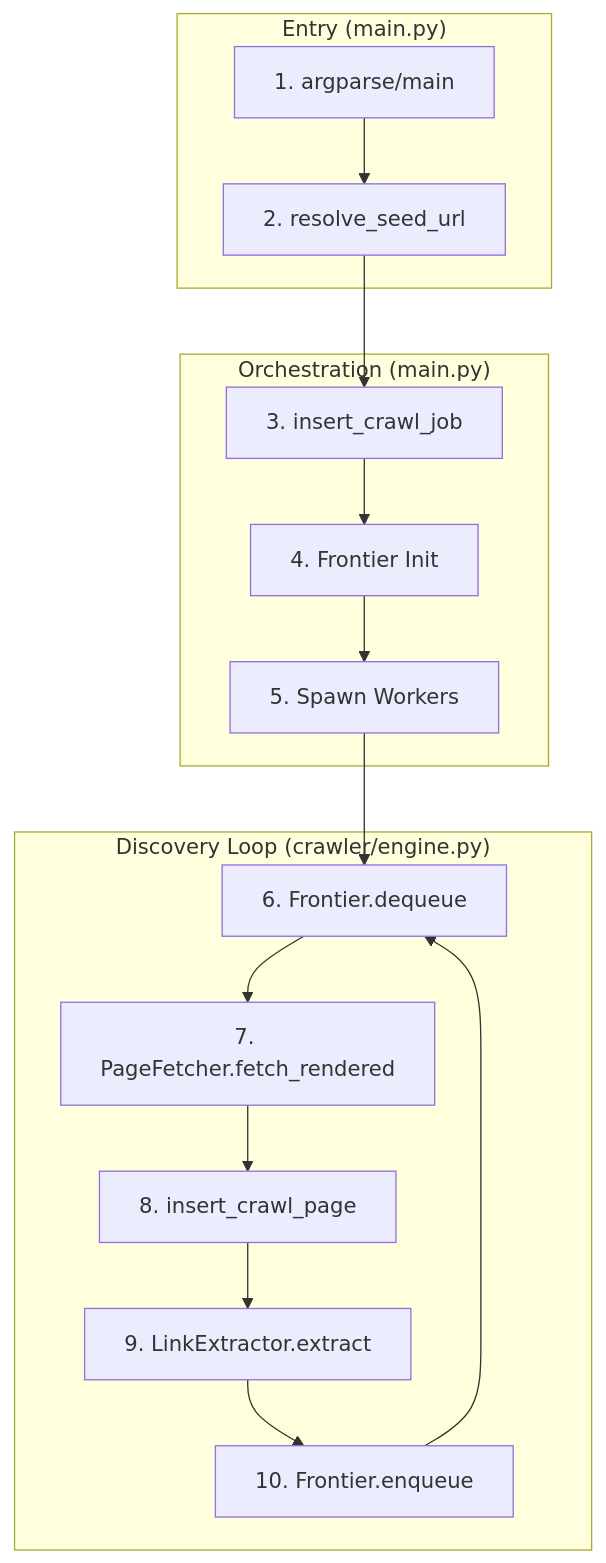
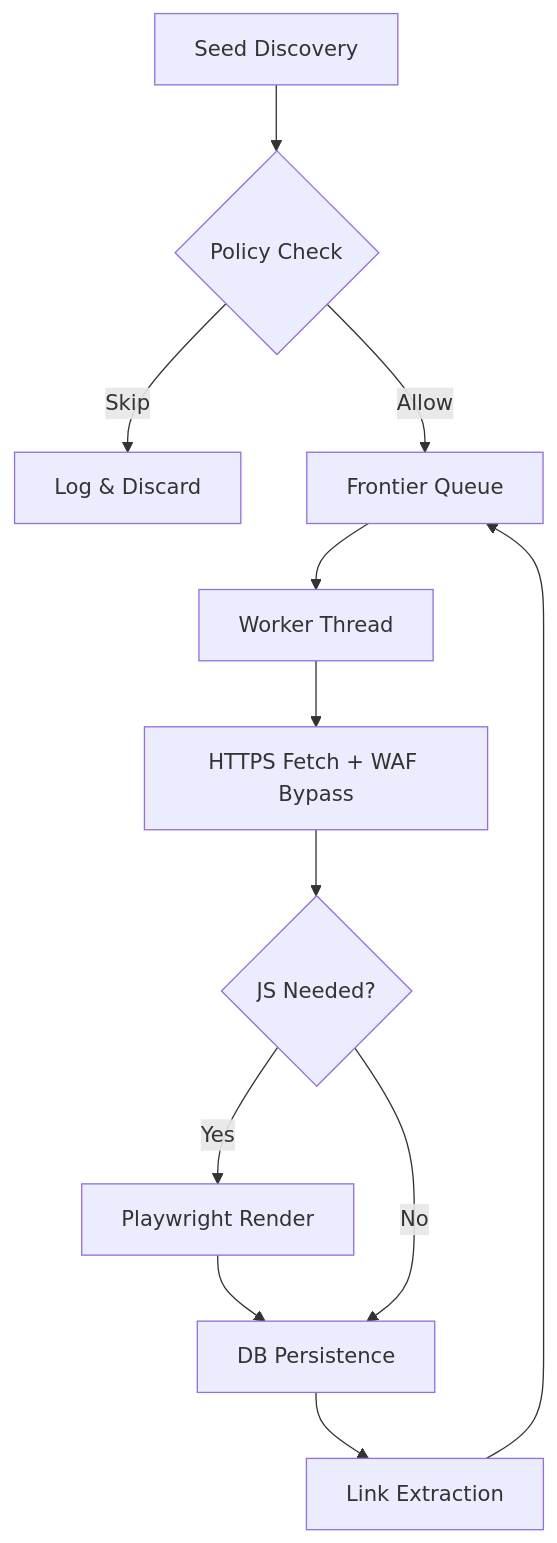
One commit to Ailover123/Defacement-Detection-System changed the diagram in baseline-crawler/docs/crawl_mode.md. Above: the diagram before and after it, drawn with Mermaid. The commit also changed other lines of this file, not shown here.

````diff
--- a/baseline-crawler/docs/crawl_mode.md
+++ b/baseline-crawler/docs/crawl_mode.md
@@ -56,21 +87,14 @@
 ```mermaid
 graph TD
-    subgraph "Entry (main.py)"
-        A[1. argparse/main] --> B[2. resolve_seed_url]
-    end
-
-    subgraph "Orchestration (main.py)"
-        B --> C[3. insert_crawl_job]
-        C --> D[4. Frontier Init]
-        D --> E[5. Spawn Workers]
-    end
-
-    subgraph "Discovery Loop (crawler/engine.py)"
-        E --> F[6. Frontier.dequeue]
-        F --> G[7. PageFetcher.fetch_rendered]
-        G --> H[8. insert_crawl_page]
-        H --> I[9. LinkExtractor.extract]
-        I --> J[10. Frontier.enqueue]
-        J --> F
-    end
+    A[Seed Discovery] --> B{Policy Check}
+    B -- Skip --> C[Log & Discard]
+    B -- Allow --> D[Frontier Queue]
+    D --> E[Worker Thread]
+    E --> F[HTTPS Fetch + WAF Bypass]
+    F --> G{JS Needed?}
+    G -- Yes --> H[Playwright Render]
+    H --> I[DB Persistence]
+    G -- No --> I
+    I --> J[Link Extraction]
+    J --> D
 ```
````
